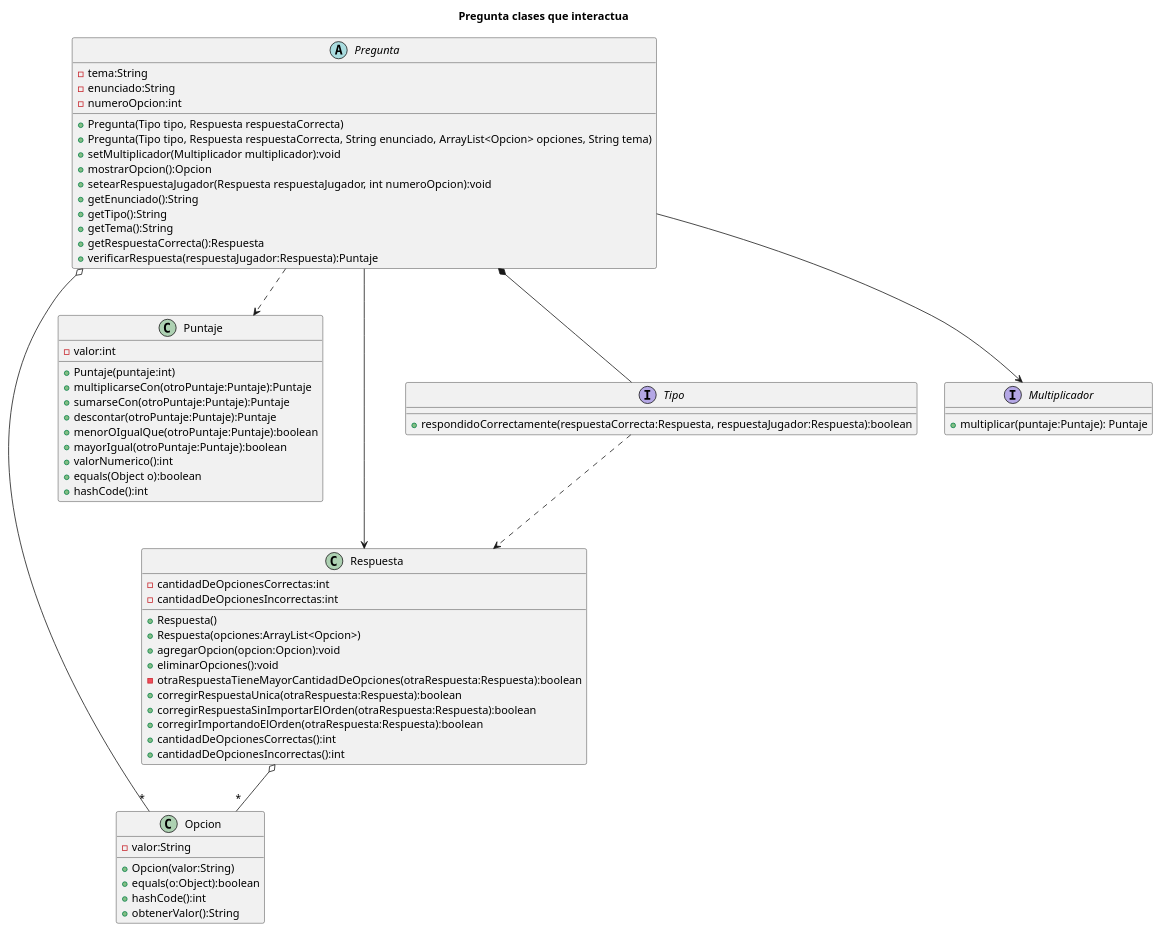
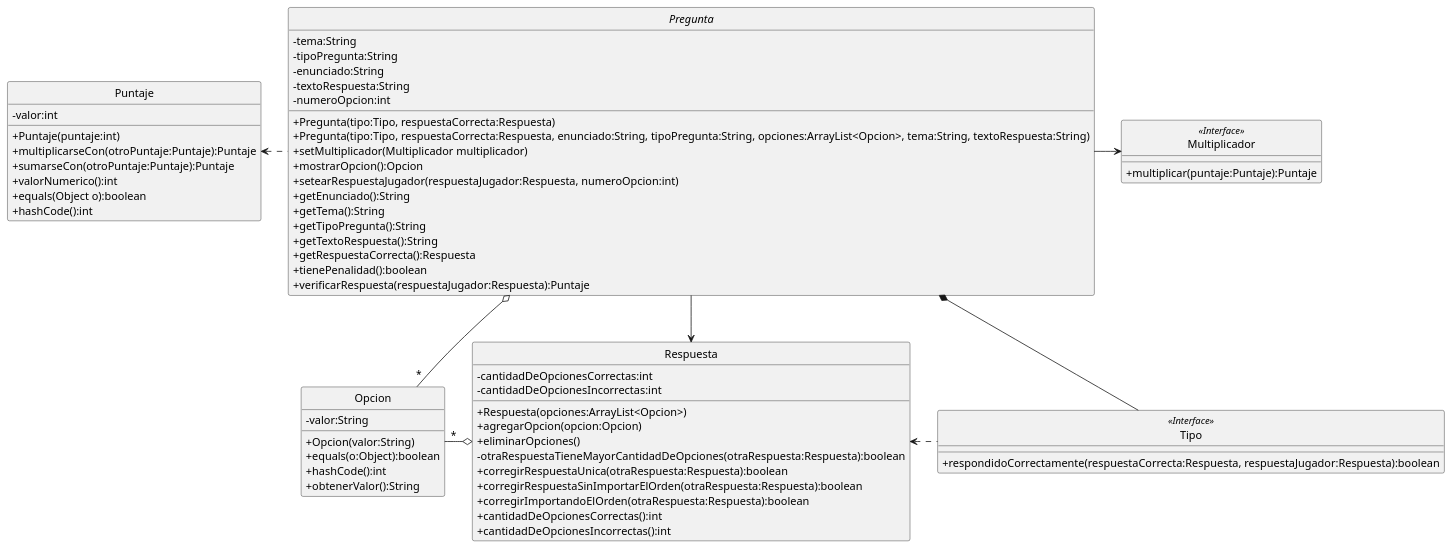
One commit to TomasContessi/g12-tp2-1c-2024 changed the diagram in diagramas/clases/diagramaClasesPregunta.puml. Above: the diagram before and after it, drawn with PlantUML. The commit also changed 31 other files, not shown here.

Commit message:
Agrego un diagrama y algunas correcciones

```diff
--- a/diagramas/clases/diagramaClasesPregunta.puml
+++ b/diagramas/clases/diagramaClasesPregunta.puml
@@ -1,126 +1,83 @@
 @startuml
-'https://plantuml.com/class-diagram
 
-title "Pregunta clases que interactua"
-
-
+skinparam monochrome true
+hide circle
+skinparam classAttributeIconSize 0
 
 abstract class Pregunta {
     - tema:String
+    - tipoPregunta:String
     - enunciado:String
+    - textoRespuesta:String
     - numeroOpcion:int
-
-    + Pregunta(Tipo tipo, Respuesta respuestaCorrecta)
-    + Pregunta(Tipo tipo, Respuesta respuestaCorrecta, String enunciado, ArrayList<Opcion> opciones, String tema)
-    + setMultiplicador(Multiplicador multiplicador):void
+    + Pregunta(tipo:Tipo, respuestaCorrecta:Respuesta)
+    + Pregunta(tipo:Tipo, respuestaCorrecta:Respuesta, enunciado:String, tipoPregunta:String, opciones:ArrayList<Opcion>, tema:String, textoRespuesta:String)
+    + setMultiplicador(Multiplicador multiplicador)
     + mostrarOpcion():Opcion
-    + setearRespuestaJugador(Respuesta respuestaJugador, int numeroOpcion):void
+    + setearRespuestaJugador(respuestaJugador:Respuesta, numeroOpcion:int)
     + getEnunciado():String
-    + getTipo():String
     + getTema():String
+    + getTipoPregunta():String
+    + getTextoRespuesta():String
     + getRespuestaCorrecta():Respuesta
+    + tienePenalidad():boolean
     + verificarRespuesta(respuestaJugador:Respuesta):Puntaje
 }
 
-' class PreguntaConPenalidad extends Pregunta{
-'     + PreguntaEleccionMultiple(Tipo tipo, Respuesta respuestaCorrecta, String enunciado, ArrayList<Opcion> opciones, String tema)
-'     + verificarRespuesta(Respuesta respuestaJugador):Puntaje
-' }
-
-' class PreguntaParcial extends Pregunta{
-'     + PreguntaParcial(Tipo tipo, Respuesta respuestaCorrecta)
-'     + PreguntaParcial(Tipo tipo, Respuesta respuestaCorrecta, String enunciado, ArrayList<Opcion> opciones, String tema)
-'     + verificarRespuesta(Respuesta respuestaJugador):Puntaje
-' }
-
-' class PreguntaSimple extends Pregunta {
-'     + PreguntaParcial(Tipo tipo, Respuesta respuestaCorrecta)
-'     + PreguntaParcial(Tipo tipo, Respuesta respuestaCorrecta, String enunciado, ArrayList<Opcion> opciones, String tema)
-'     + verificarRespuesta(Respuesta respuestaJugador):Puntaje
-' }
+together {
+    class Puntaje
+    class Respuesta
+    class Tipo
+}
 
 class Opcion {
     - valor:String
     + Opcion(valor:String)
     + equals(o:Object):boolean
     + hashCode():int
     + obtenerValor():String
 }
 
-
 class Puntaje {
     - valor:int
     + Puntaje(puntaje:int)
     + multiplicarseCon(otroPuntaje:Puntaje):Puntaje
     + sumarseCon(otroPuntaje:Puntaje):Puntaje
-    + descontar(otroPuntaje:Puntaje):Puntaje
-    + menorOIgualQue(otroPuntaje:Puntaje):boolean
-    + mayorIgual(otroPuntaje:Puntaje):boolean
-    + valorNumerico():int 
+    + valorNumerico():int
     + equals(Object o):boolean
     + hashCode():int
 }
 
 class Respuesta {
     - cantidadDeOpcionesCorrectas:int
     - cantidadDeOpcionesIncorrectas:int
-
-    + Respuesta()
     + Respuesta(opciones:ArrayList<Opcion>)
-    + agregarOpcion(opcion:Opcion):void
-    + eliminarOpciones():void
+    + agregarOpcion(opcion:Opcion)
+    + eliminarOpciones()
     - otraRespuestaTieneMayorCantidadDeOpciones(otraRespuesta:Respuesta):boolean
     + corregirRespuestaUnica(otraRespuesta:Respuesta):boolean
     + corregirRespuestaSinImportarElOrden(otraRespuesta:Respuesta):boolean
     + corregirImportandoElOrden(otraRespuesta:Respuesta):boolean
     + cantidadDeOpcionesCorrectas():int
     + cantidadDeOpcionesIncorrectas():int
 }
 
-
-
-interface Tipo {
+class Tipo {
     + respondidoCorrectamente(respuestaCorrecta:Respuesta, respuestaJugador:Respuesta):boolean
 }
 
-' class VerdaderoFalso {
-'     + respondidoCorrectamente(respuestaCorrecta:Respuesta, respuestaJugador:Respuesta):boolean
-' }
-
-' class MultipleChoice {
-'     + respondidoCorrectamente(respuestaCorrecta:Respuesta, respuestaJugador:Respuesta):boolean
-' }
-
-' class OrderedChoice{
-'     + respondidoCorrectamente(respuestaCorrecta:Respuesta, respuestaJugador:Respuesta):boolean
-' }
-
-' class GroupChoice {
-'     - grupoATitulo:String
-'     - grupoBTitulo:String
-
-'     + GroupChoice(grupoA:String, grupoB:String)
-'     + respondidoCorrectamente(respuestaCorrecta:Respuesta, respuestaJugador:Respuesta):boolean
-'     + getTituloGrupoA():String
-'     + getTituloGrupoB():String
-' }
-
-' Tipo <|.. GroupChoice
-' Tipo <|.. VerdaderoFalso
-' Tipo <|.. MultipleChoice    
-' Tipo <|.. OrderedChoice
-
-
-interface Multiplicador {
-    + multiplicar(puntaje:Puntaje): Puntaje
+class Multiplicador {
+    + multiplicar(puntaje:Puntaje):Puntaje
 }
 
+Tipo <<Interface>>
+Multiplicador <<Interface>>
 Pregunta o-- "*" Opcion
-Respuesta o-- "*" Opcion
+Respuesta o-left- "*" Opcion
 Pregunta --> Respuesta
-Pregunta ..> Puntaje
-Pregunta --> Multiplicador
+Pregunta .left.> Puntaje
+Pregunta -right-> Multiplicador
 Pregunta *-- Tipo
-Tipo ..> Respuesta
+Tipo .left.> Respuesta
 
 @enduml
```
